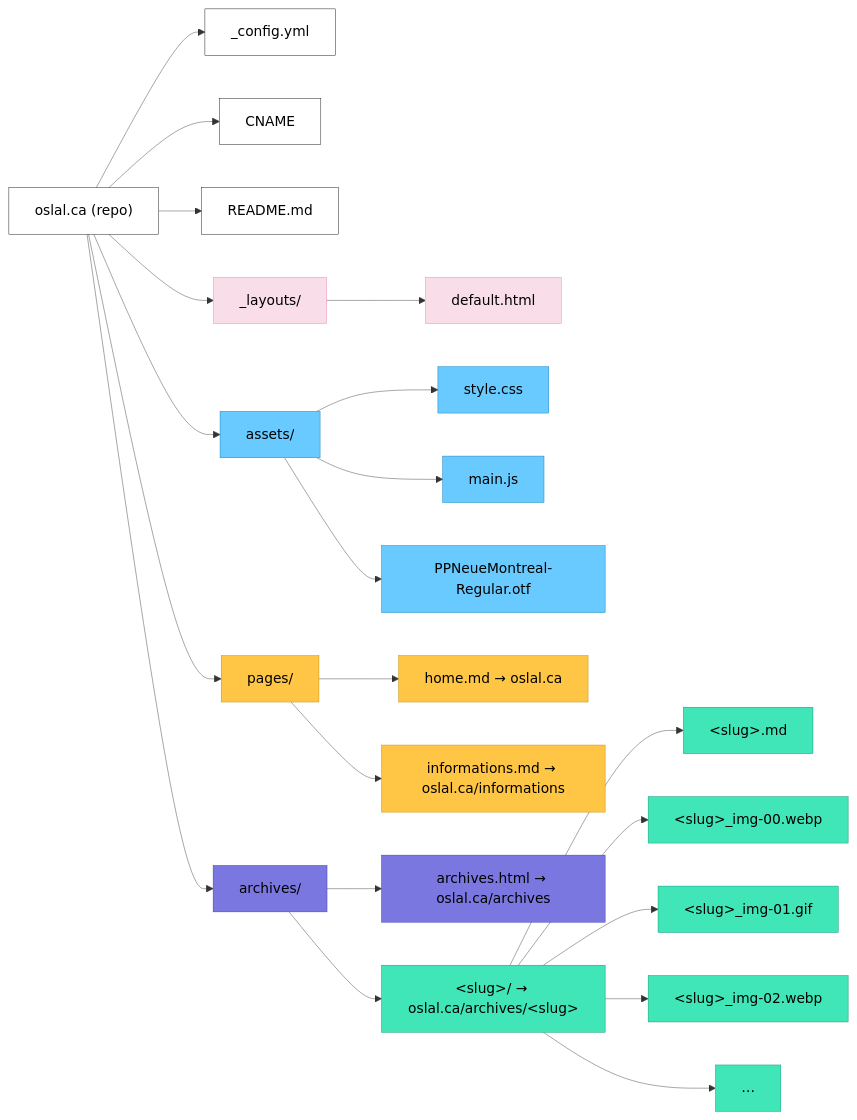
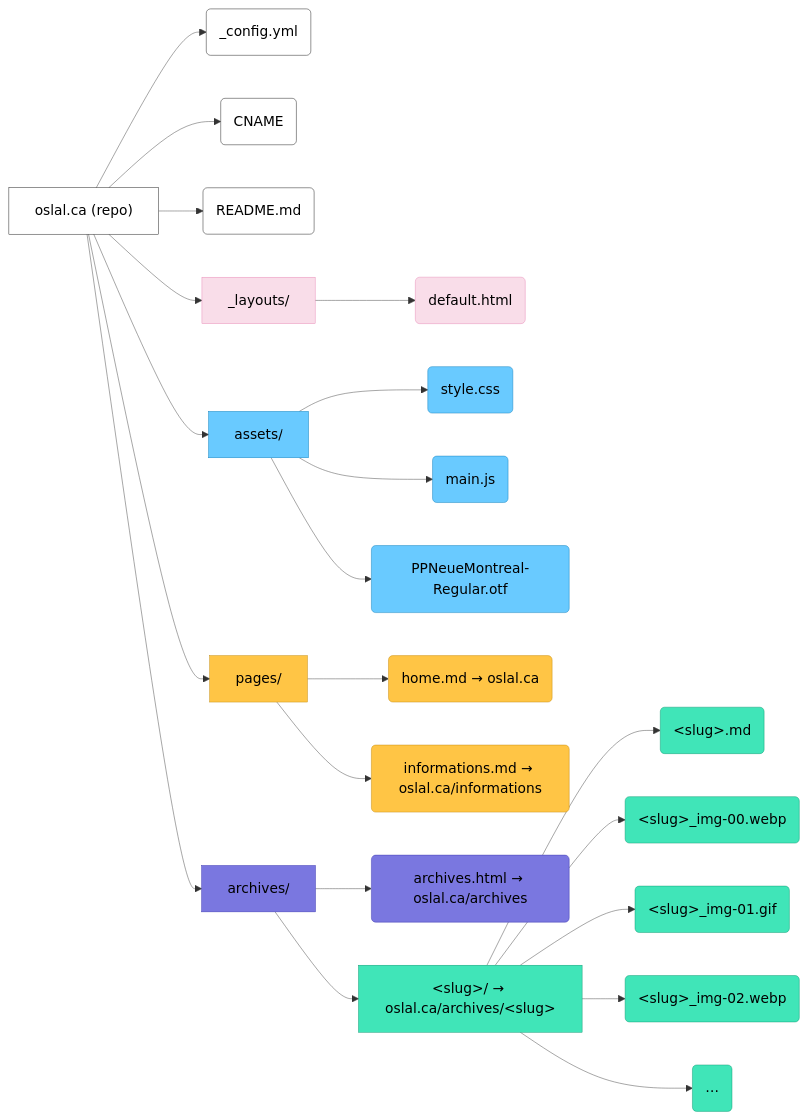
One commit to oslal/oslal.ca changed the diagram in README.md. Above: the diagram before and after it, drawn with Mermaid.

````diff
--- a/README.md
+++ b/README.md
@@ -1,47 +1,47 @@
 ```mermaid
-%%{init: {"fontFamily": "PP Neue Montreal", "themeVariables": {"fontFamily": "PP Neue Montreal"}}}%%
+%%{init: {"fontFamily": "Helvetica Neue, Helvetica, Arial, sans-serif", "themeVariables": {"fontFamily": "Helvetica Neue, Helvetica, Arial, sans-serif"}}}%%
 graph LR
   root["oslal.ca (repo)"]
 
-  root --> config["_config.yml"]
-  root --> cname["CNAME"]
-  root --> readme["README.md"]
+  root --> config("_config.yml")
+  root --> cname("CNAME")
+  root --> readme("README.md")
   root --> layouts["_layouts/"]
   root --> assets["assets/"]
   root --> pages["pages/"]
   root --> archives["archives/"]
 
-  layouts --> default["default.html"]
+  layouts --> default("default.html")
 
-  assets --> css["style.css"]
-  assets --> js["main.js"]
-  assets --> font["PPNeueMontreal-Regular.otf"]
+  assets --> css("style.css")
+  assets --> js("main.js")
+  assets --> font("PPNeueMontreal-Regular.otf")
 
-  pages --> home["home.md → oslal.ca"]
-  pages --> info["informations.md → oslal.ca/informations"]
+  pages --> home("home.md → oslal.ca")
+  pages --> info("informations.md → oslal.ca/informations")
 
-  archives --> list["archives.html → oslal.ca/archives"]
+  archives --> list("archives.html → oslal.ca/archives")
   archives --> slug["&lt;slug&gt;/ → oslal.ca/archives/&lt;slug&gt;"]
 
-  slug --> md["&lt;slug&gt;.md"]
-  slug --> img0["&lt;slug&gt;_img-00.webp"]
-  slug --> img1["&lt;slug&gt;_img-01.gif"]
-  slug --> img2["&lt;slug&gt;_img-02.webp"]
-  slug --> more["…"]
+  slug --> md("&lt;slug&gt;.md")
+  slug --> img0("&lt;slug&gt;_img-00.webp")
+  slug --> img1("&lt;slug&gt;_img-01.gif")
+  slug --> img2("&lt;slug&gt;_img-02.webp")
+  slug --> more("…")
 
   classDef root     fill:#ffffff,stroke:#000000,stroke-width:0.5px,color:#000000
   classDef assets   fill:#69caff,stroke:#0578b6,stroke-width:0.5px,color:#000000
   classDef archives fill:#7a77e0,stroke:#3430ab,stroke-width:0.5px,color:#000000
   classDef slug     fill:#40e5b8,stroke:#009169,stroke-width:0.5px,color:#000000
   classDef pages    fill:#ffc545,stroke:#bf8400,stroke-width:0.5px,color:#000000
   classDef layouts  fill:#f9dde9,stroke:#e680b1,stroke-width:0.5px,color:#000000
 
   linkStyle default stroke-width:0.5px
 
   class root,config,cname,readme root
   class assets,css,js,font assets
   class archives,list archives
   class slug,md,img0,img1,img2,more slug
   class pages,home,info pages
   class layouts,default layouts
 ```
````
